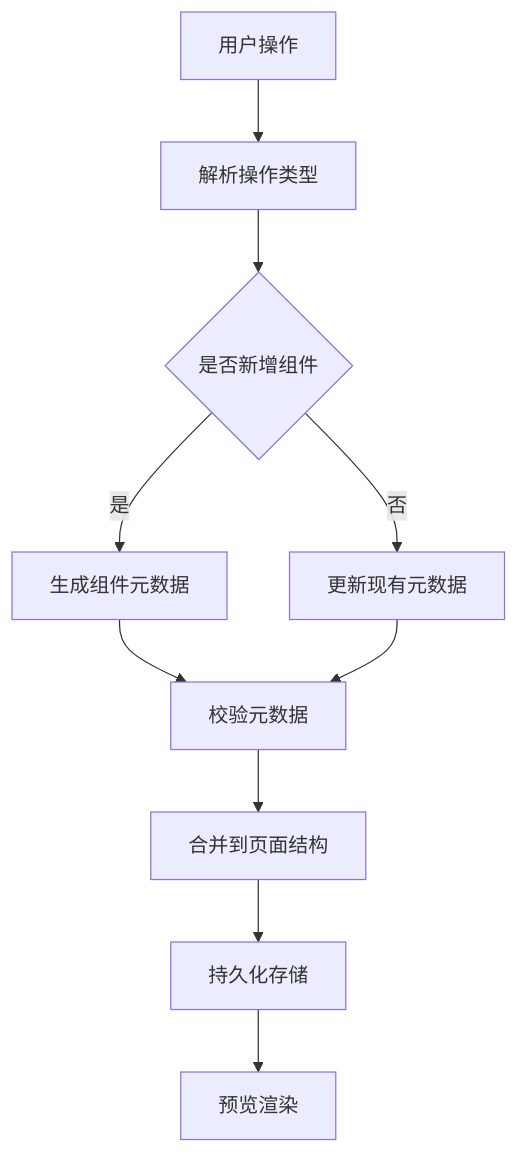
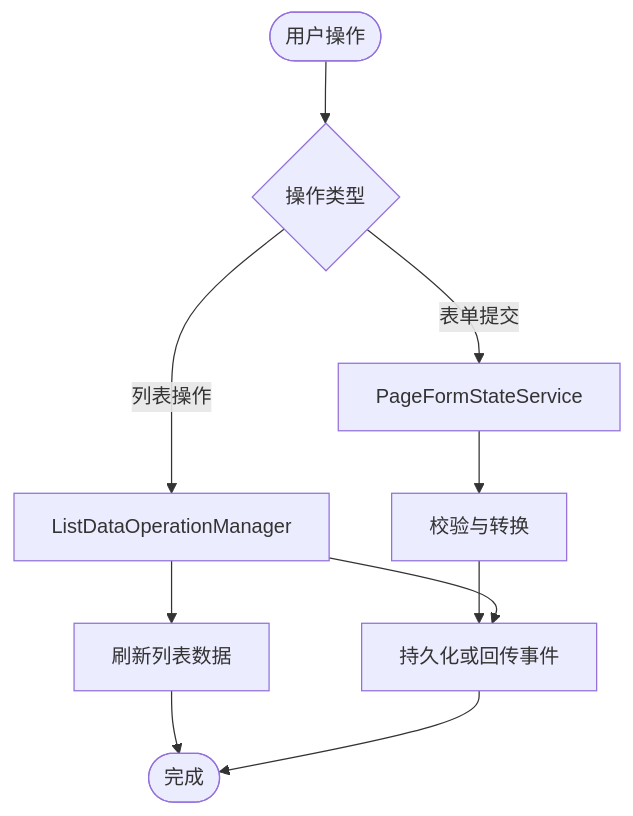
The sixth of 10 diagrams in .qoder/repowiki/zh/content/低代码平台/低代码平台.md (openlowcodelab/lowcode), drawn with Mermaid before and after one commit. The commit also changed other lines of this file and 223 other files, not shown here.

````diff
--- a/.qoder/repowiki/zh/content/低代码平台/低代码平台.md
+++ b/.qoder/repowiki/zh/content/低代码平台/低代码平台.md
@@ -354,12 +460,12 @@
 ```mermaid
 flowchart TD
-    UserOp["用户操作"] --> Parse["解析操作类型"]
-    Parse --> Create{"是否新增组件"}
-    Create -->|是| Generate["生成组件元数据"]
-    Create -->|否| Update["更新现有元数据"]
-    Generate --> Validate["校验元数据"]
-    Update --> Validate
-    Validate --> Merge["合并到页面结构"]
-    Merge --> Persist["持久化存储"]
-    Persist --> Preview["预览渲染"]
+    Start(["用户操作"]) --> Action{"操作类型"}
+    Action -->|表单提交| FormState["PageFormStateService"]
+    Action -->|列表操作| ListOps["ListDataOperationManager"]
+    FormState --> Validate["校验与转换"]
+    Validate --> Save["持久化或回传事件"]
+    ListOps --> Refresh["刷新列表数据"]
+    ListOps --> Save
+    Refresh --> End(["完成"])
+    Save --> End
 ```
````
